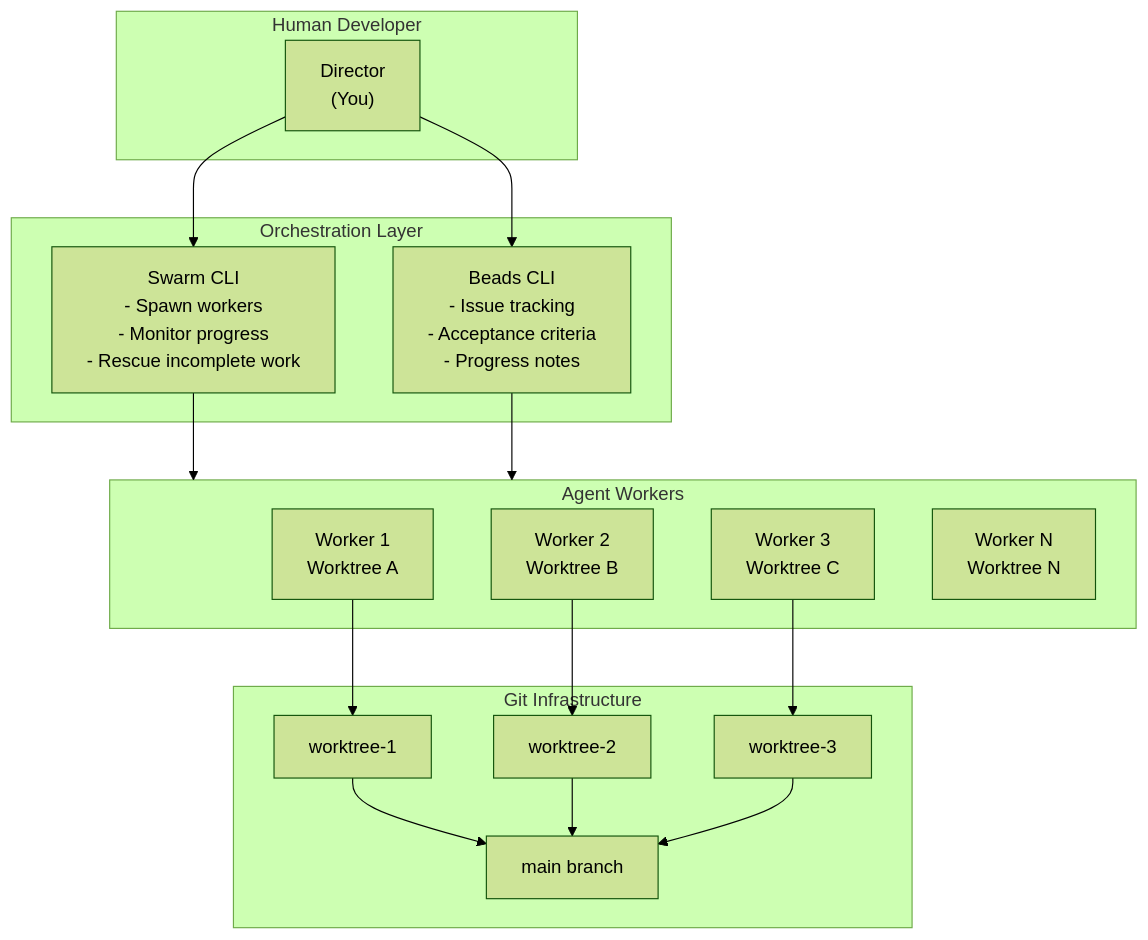
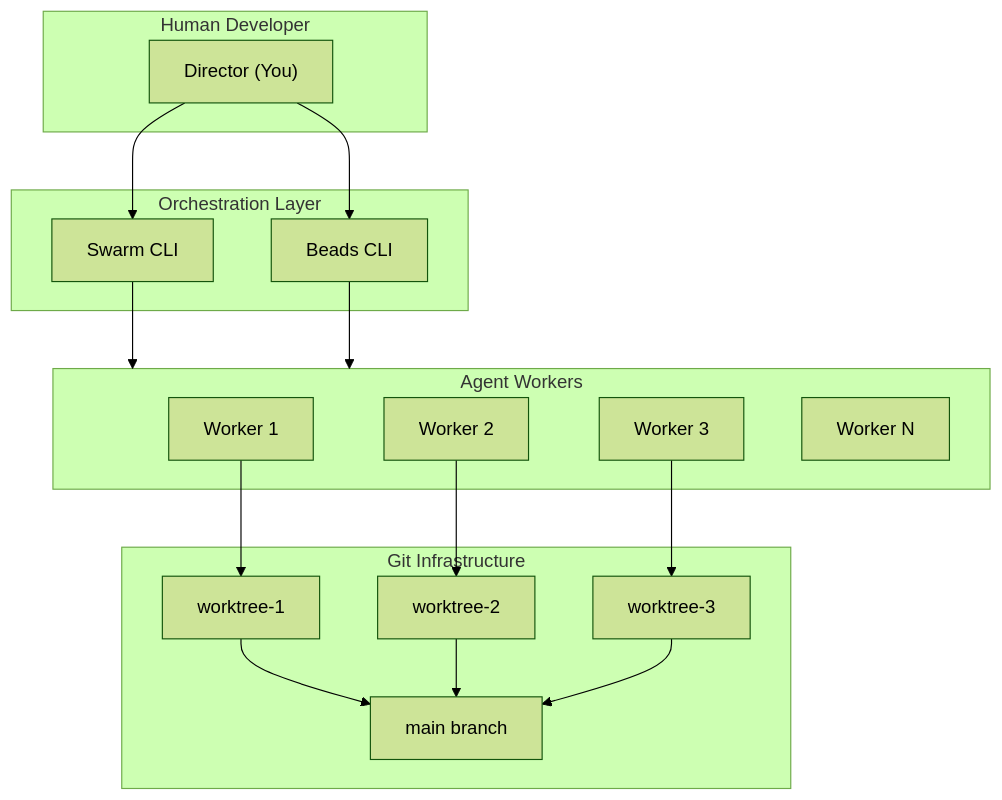
One commit to mtomcal/stick-rumble changed the first of 4 diagrams in docs/MULTI-AGENT-WORKFLOW.md. Above: the diagram before and after it, drawn with Mermaid (forest theme). The commit also changed other lines of this file and 2 other files, not shown here.

Commit message:
docs: Fix Mermaid diagrams for GitHub rendering
- Remove \n characters from node labels (GitHub renders them literally)
- Replace multi-line labels with single-line text
- Update issue selection best practice to "maximize parallelism" instead
  of limiting concurrency

````diff
--- a/docs/MULTI-AGENT-WORKFLOW.md
+++ b/docs/MULTI-AGENT-WORKFLOW.md
@@ -7,36 +7,36 @@
 ```mermaid
 flowchart TB
     subgraph Human["Human Developer"]
-        Director["Director\n(You)"]
+        Director["Director (You)"]
     end
 
     subgraph Orchestration["Orchestration Layer"]
-        Swarm["Swarm CLI\n- Spawn workers\n- Monitor progress\n- Rescue incomplete work"]
-        Beads["Beads CLI\n- Issue tracking\n- Acceptance criteria\n- Progress notes"]
+        Swarm["Swarm CLI"]
+        Beads["Beads CLI"]
     end
 
     subgraph Workers["Agent Workers"]
-        W1["Worker 1\nWorktree A"]
-        W2["Worker 2\nWorktree B"]
-        W3["Worker 3\nWorktree C"]
-        Wn["Worker N\nWorktree N"]
+        W1["Worker 1"]
+        W2["Worker 2"]
+        W3["Worker 3"]
+        Wn["Worker N"]
     end
 
     subgraph Git["Git Infrastructure"]
         Main["main branch"]
         WT1["worktree-1"]
         WT2["worktree-2"]
         WT3["worktree-3"]
     end
 
     Director --> Swarm
     Director --> Beads
     Swarm --> Workers
     Beads --> Workers
     W1 --> WT1
     W2 --> WT2
     W3 --> WT3
     WT1 --> Main
     WT2 --> Main
     WT3 --> Main
 ```
````
